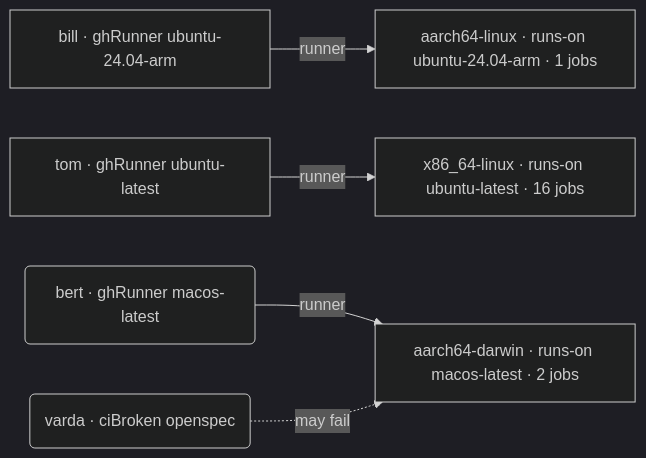
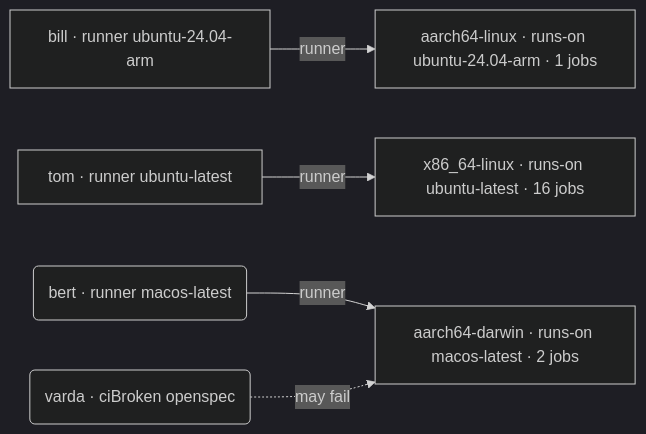
One commit to vic/vix changed the eighth of 11 diagrams in README.md. Above: the diagram before and after it, drawn with Mermaid (dark theme). The commit also changed other lines of this file and 72 other files, not shown here.

````diff
--- a/README.md
+++ b/README.md
@@ -787,14 +883,14 @@
 ```mermaid
 flowchart LR
   n83e49c5b41["aarch64-darwin · runs-on macos-latest · 2 jobs"]
   nd3aabeac30["aarch64-linux · runs-on ubuntu-24.04-arm · 1 jobs"]
   n6ca31a50e5["x86_64-linux · runs-on ubuntu-latest · 16 jobs"]
-  n255541fcfa["bill · ghRunner ubuntu-24.04-arm"]
-  ne443ac3067["tom · ghRunner ubuntu-latest"]
-  n547d16322b("bert · ghRunner macos-latest")
+  n255541fcfa["bill · runner ubuntu-24.04-arm"]
+  ne443ac3067["tom · runner ubuntu-latest"]
+  n547d16322b("bert · runner macos-latest")
   n37e2b269f8("varda · ciBroken openspec")
   n255541fcfa -->|"runner"| nd3aabeac30
   ne443ac3067 -->|"runner"| n6ca31a50e5
   n547d16322b -->|"runner"| n83e49c5b41
   n37e2b269f8 -.->|"may fail"| n83e49c5b41
 ```
````
